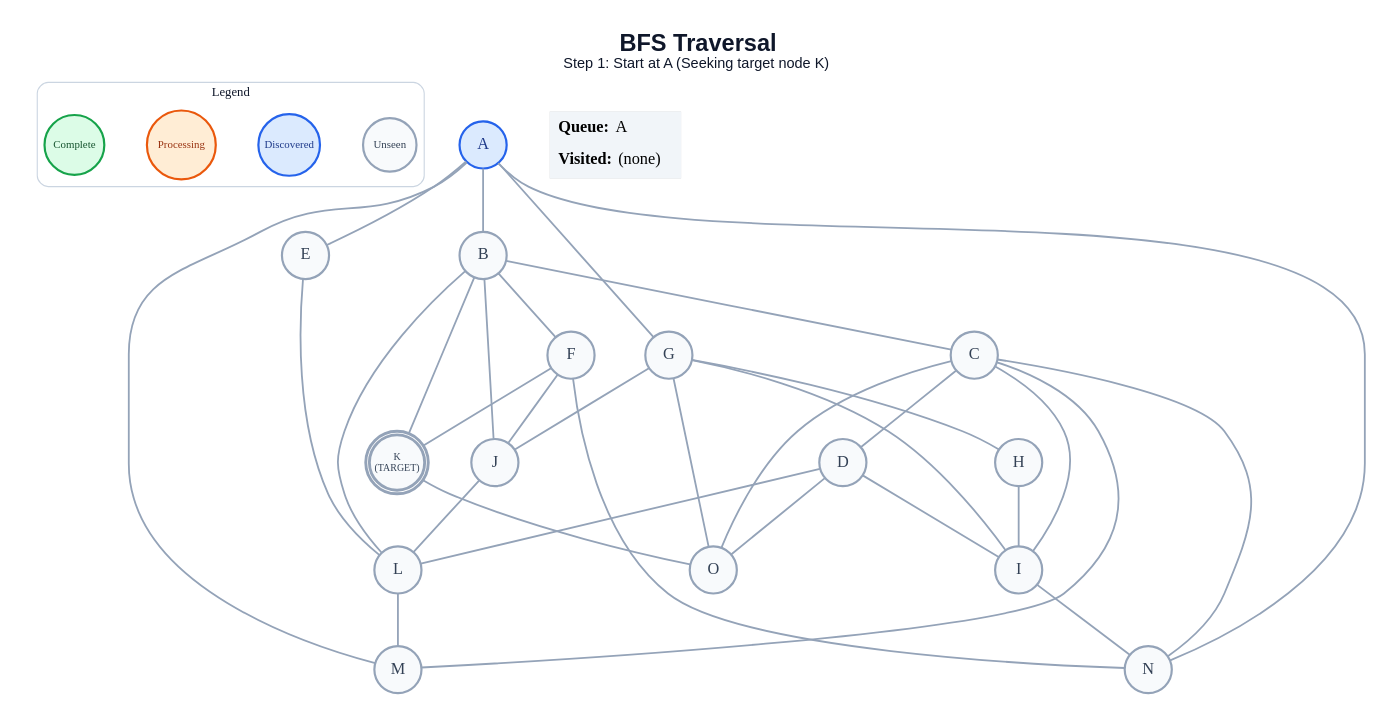
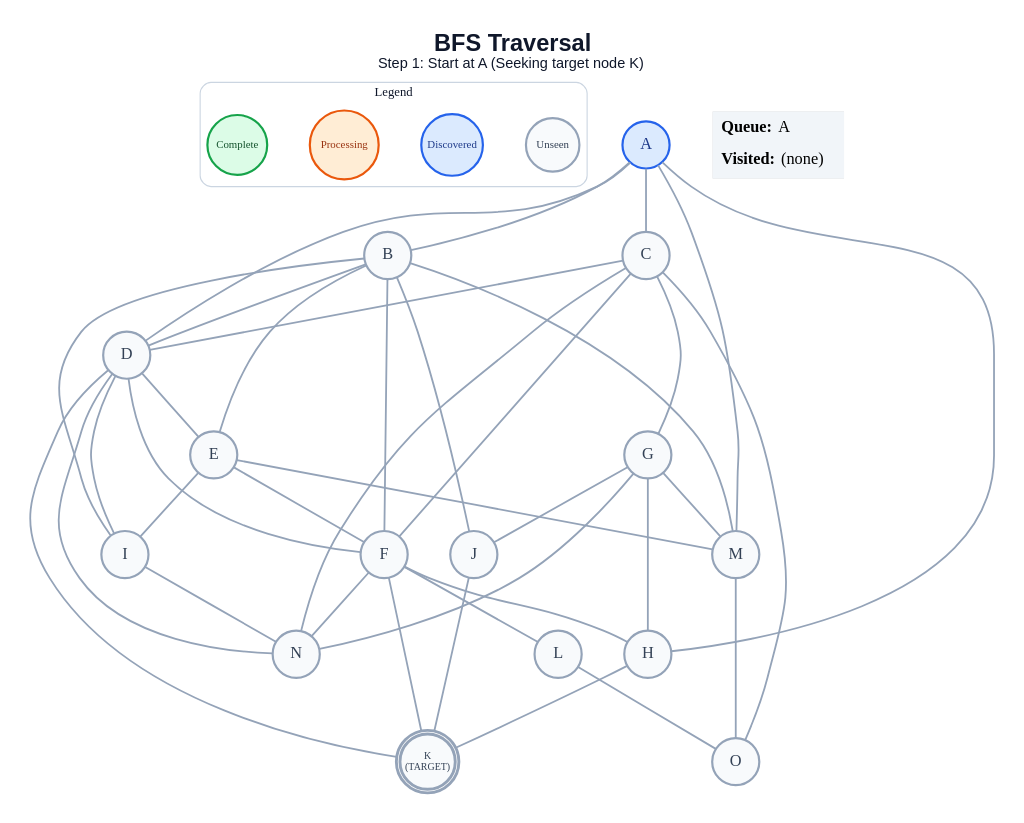
Before and after one commit to anon7238593-create/ai-slop: the diagram in generated/specific-node/bfs/step_01.dot, drawn with Graphviz. The commit also changed 259 other files, not shown here.

```diff
--- a/generated/specific-node/bfs/step_01.dot
+++ b/generated/specific-node/bfs/step_01.dot
@@ -1,65 +1,71 @@
 graph traversal {
   graph [layout=dot, rankdir=TB, bgcolor="#FFFFFF", pad="0.35", nodesep="0.65", ranksep="0.8", fontname="Arial"];
   node [shape=circle, style="filled", fontname="Arial Bold", fontsize=18, width=0.72, fixedsize=true, penwidth=2.4];
   edge [color="#94A3B8", penwidth=2.0];
   label=<<B>BFS Traversal</B><BR/><FONT POINT-SIZE="16">Step 1: Start at A (Seeking target node K)</FONT>>; labelloc="t"; fontsize=26; fontname="Arial"; fontcolor="#0F172A";
   subgraph cluster_legend { label="Legend"; color="#CBD5E1"; penwidth=1.2; style="rounded"; fontsize=14; fontname="Arial Bold";
     key_unseen [label="Unseen", fillcolor="#F8FAFC", color="#94A3B8", fontcolor="#334155", fontsize=12, width=0.82];
     key_frontier [label="Discovered", fillcolor="#DBEAFE", color="#2563EB", fontcolor="#1E3A8A", fontsize=12, width=0.95];
     key_current [label="Processing", fillcolor="#FFEDD5", color="#EA580C", fontcolor="#9A3412", fontsize=12, width=1.05];
     key_done [label="Complete", fillcolor="#DCFCE7", color="#16A34A", fontcolor="#14532D", fontsize=12, width=0.92];
     { rank=same; key_unseen; key_frontier; key_current; key_done; }
   }
   A [label="A", fillcolor="#DBEAFE", color="#2563EB", fontcolor="#1E3A8A", peripheries=1, penwidth=2.4];
   B [label="B", fillcolor="#F8FAFC", color="#94A3B8", fontcolor="#334155", peripheries=1, penwidth=2.4];
   C [label="C", fillcolor="#F8FAFC", color="#94A3B8", fontcolor="#334155", peripheries=1, penwidth=2.4];
   D [label="D", fillcolor="#F8FAFC", color="#94A3B8", fontcolor="#334155", peripheries=1, penwidth=2.4];
   E [label="E", fillcolor="#F8FAFC", color="#94A3B8", fontcolor="#334155", peripheries=1, penwidth=2.4];
   F [label="F", fillcolor="#F8FAFC", color="#94A3B8", fontcolor="#334155", peripheries=1, penwidth=2.4];
   G [label="G", fillcolor="#F8FAFC", color="#94A3B8", fontcolor="#334155", peripheries=1, penwidth=2.4];
   H [label="H", fillcolor="#F8FAFC", color="#94A3B8", fontcolor="#334155", peripheries=1, penwidth=2.4];
   I [label="I", fillcolor="#F8FAFC", color="#94A3B8", fontcolor="#334155", peripheries=1, penwidth=2.4];
   J [label="J", fillcolor="#F8FAFC", color="#94A3B8", fontcolor="#334155", peripheries=1, penwidth=2.4];
   K [label="K\n(TARGET)", fillcolor="#F8FAFC", color="#94A3B8", fontcolor="#334155", peripheries=2, penwidth=3.2, fontsize=11, width=0.85, height=0.85];
   L [label="L", fillcolor="#F8FAFC", color="#94A3B8", fontcolor="#334155", peripheries=1, penwidth=2.4];
   M [label="M", fillcolor="#F8FAFC", color="#94A3B8", fontcolor="#334155", peripheries=1, penwidth=2.4];
   N [label="N", fillcolor="#F8FAFC", color="#94A3B8", fontcolor="#334155", peripheries=1, penwidth=2.4];
   O [label="O", fillcolor="#F8FAFC", color="#94A3B8", fontcolor="#334155", peripheries=1, penwidth=2.4];
   A -- B;
-  A -- E;
-  A -- G;
+  A -- C;
+  A -- D;
+  A -- H;
   A -- M;
-  A -- N;
-  B -- C;
+  B -- D;
+  B -- E;
   B -- F;
+  B -- I;
   B -- J;
-  B -- K;
-  B -- L;
+  B -- M;
   C -- D;
-  C -- I;
-  C -- M;
+  C -- F;
+  C -- G;
   C -- N;
   C -- O;
+  D -- E;
+  D -- F;
   D -- I;
-  D -- L;
-  D -- O;
-  E -- L;
-  F -- J;
+  D -- K;
+  D -- N;
+  E -- F;
+  E -- I;
+  E -- M;
+  F -- H;
   F -- K;
+  F -- L;
   F -- N;
   G -- H;
-  G -- I;
   G -- J;
-  G -- O;
-  H -- I;
+  G -- M;
+  G -- N;
+  H -- K;
   I -- N;
-  J -- L;
-  K -- O;
-  L -- M;
+  J -- K;
+  L -- O;
+  M -- O;
   status [shape=plain, fixedsize=false, width=0, height=0, margin=0, label=<
     <TABLE BORDER="0" CELLBORDER="0" CELLPADDING="7" BGCOLOR="#F1F5F9">
       <TR><TD ALIGN="LEFT"><B>Queue:</B> A</TD></TR>
       <TR><TD ALIGN="LEFT"><B>Visited:</B> (none)</TD></TR>
     </TABLE>
   >];
 }
```
